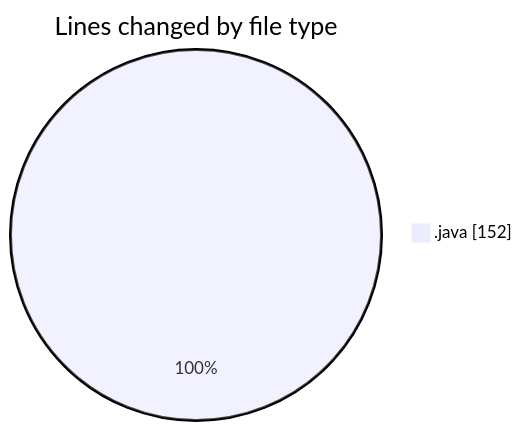
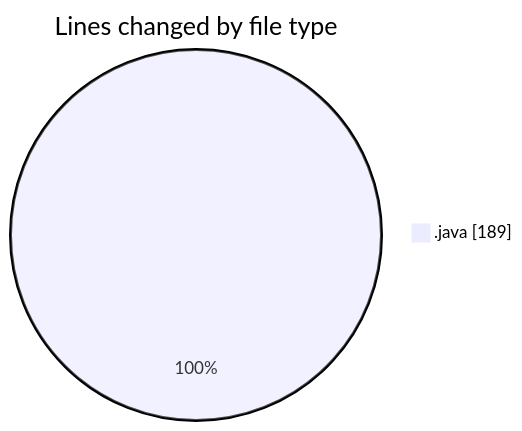
The first of 2 diagrams in 2026-05-26/cilapp/README.md (ricardozamudiocil/code-tracking), drawn with Mermaid before and after one commit. The commit also changed other lines of this file and 1 other file, not shown here.

````diff
--- a/2026-05-26/cilapp/README.md
+++ b/2026-05-26/cilapp/README.md
@@ -20,5 +20,5 @@
 ```mermaid
 pie showData
 title Lines changed by file type
-".java" : 152
+".java" : 189
 ```
````
